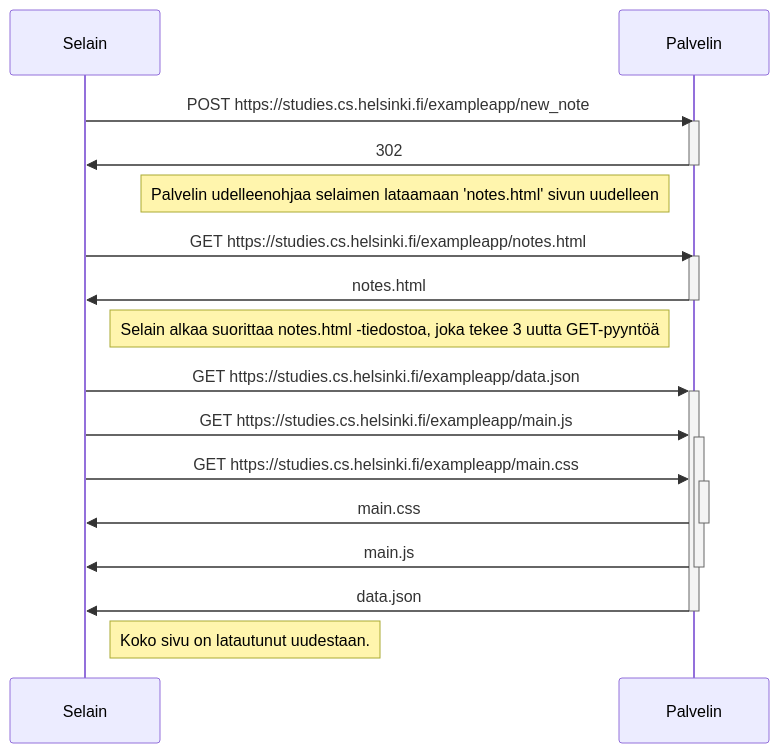
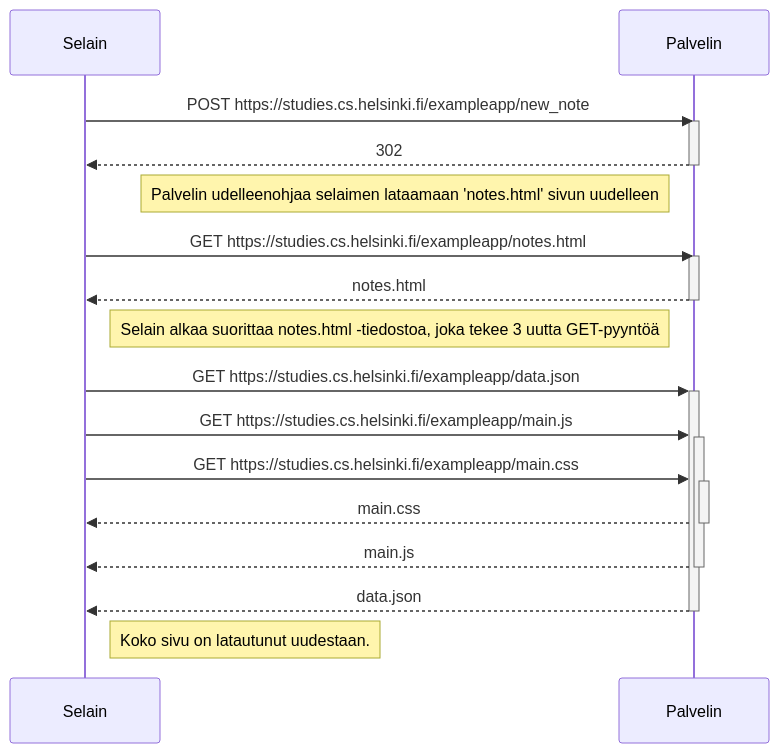
Before and after one commit to PasiParviainen/Fullstackosa0: the diagram in 0.4.md, drawn with Mermaid.

````diff
--- a/0.4.md
+++ b/0.4.md
@@ -1,28 +1,28 @@
 ```mermaid
 sequenceDiagram
   participant Selain
   participant Palvelin
 
   Selain->>Palvelin: POST https://studies.cs.helsinki.fi/exampleapp/new_note
   activate Palvelin
-  Palvelin->>Selain: 302
+  Palvelin-->>Selain: 302
   deactivate Palvelin
 
   Note left of Palvelin: Palvelin udelleenohjaa selaimen lataamaan 'notes.html' sivun uudelleen
 
   Selain->>Palvelin: GET https://studies.cs.helsinki.fi/exampleapp/notes.html
   activate Palvelin
-  Palvelin->>Selain: notes.html
+  Palvelin-->>Selain: notes.html
   deactivate Palvelin
 
   Note right of Selain: Selain alkaa suorittaa notes.html -tiedostoa, joka tekee 3 uutta GET-pyyntöä
 
   Selain->>+Palvelin: GET https://studies.cs.helsinki.fi/exampleapp/data.json
   Selain->>+Palvelin: GET https://studies.cs.helsinki.fi/exampleapp/main.js
   Selain->>+Palvelin: GET https://studies.cs.helsinki.fi/exampleapp/main.css
-  Palvelin->>-Selain: main.css
-  Palvelin->>-Selain: main.js
-  Palvelin->>-Selain: data.json
+  Palvelin-->>-Selain: main.css
+  Palvelin-->>-Selain: main.js
+  Palvelin-->>-Selain: data.json
 
   Note right of Selain: Koko sivu on latautunut uudestaan.
 ```
````
